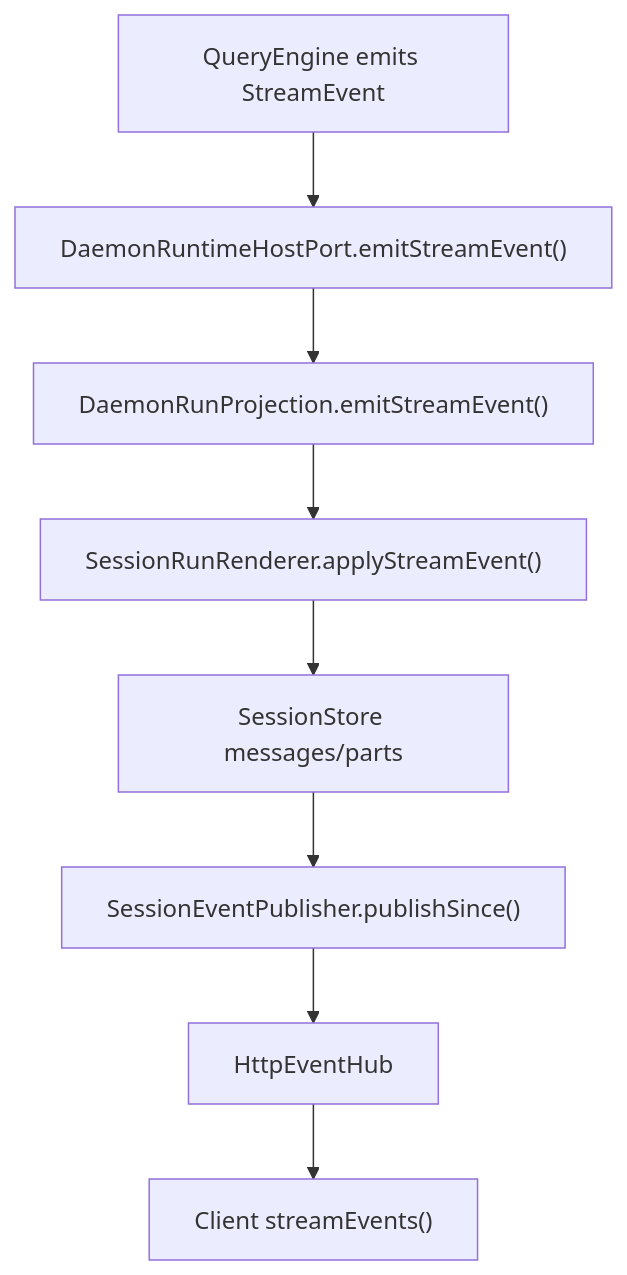
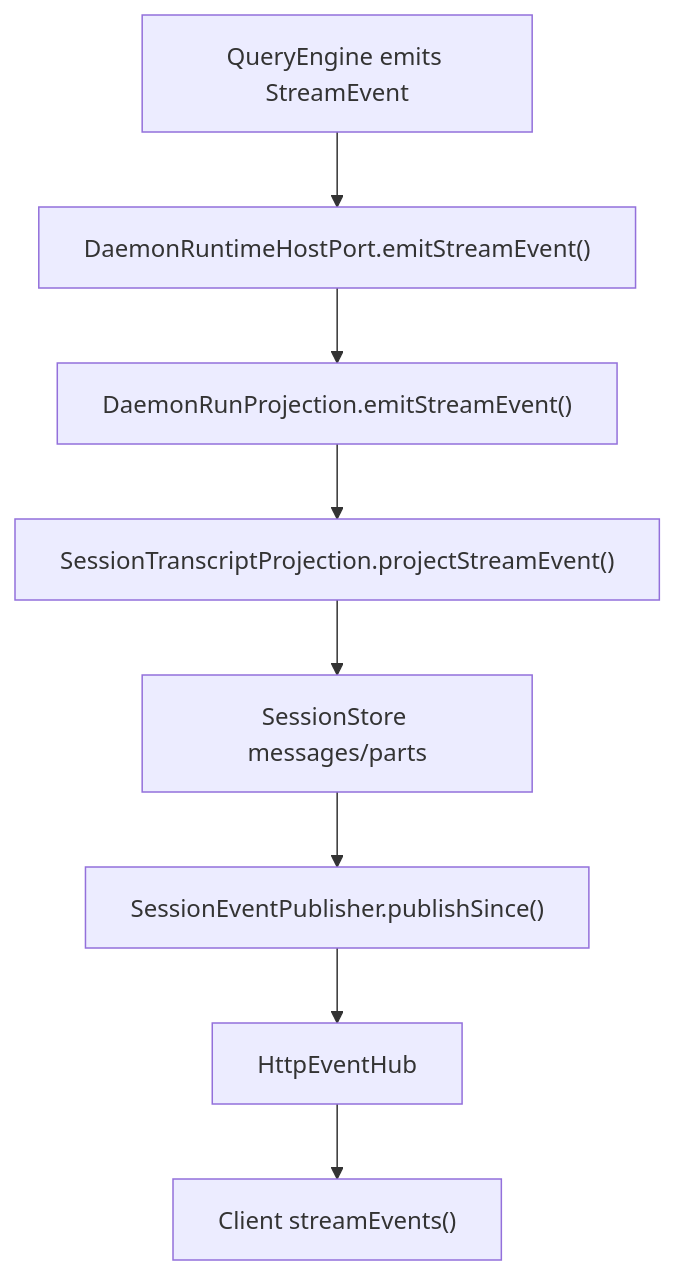
Before and after one commit to rzx007/openharness-ts: the fifth of 9 diagrams in docs/daemon-application-architecture.md, drawn with Mermaid. The commit also changed other lines of this file and 5 other files, not shown here.

Commit message:
docs(daemon): document transcript projection boundary

````diff
--- a/docs/daemon-application-architecture.md
+++ b/docs/daemon-application-architecture.md
@@ -372,10 +372,10 @@
 ```mermaid
 flowchart TD
   QE["QueryEngine emits StreamEvent"] --> Host["DaemonRuntimeHostPort.emitStreamEvent()"]
   Host --> Projection["DaemonRunProjection.emitStreamEvent()"]
-  Projection --> Renderer["SessionRunRenderer.applyStreamEvent()"]
-  Renderer --> Store["SessionStore messages/parts"]
+  Projection --> Transcript["SessionTranscriptProjection.projectStreamEvent()"]
+  Transcript --> Store["SessionStore messages/parts"]
   Store --> Publisher["SessionEventPublisher.publishSince()"]
   Publisher --> Hub["HttpEventHub"]
   Hub --> Client["Client streamEvents()"]
 ```
````
